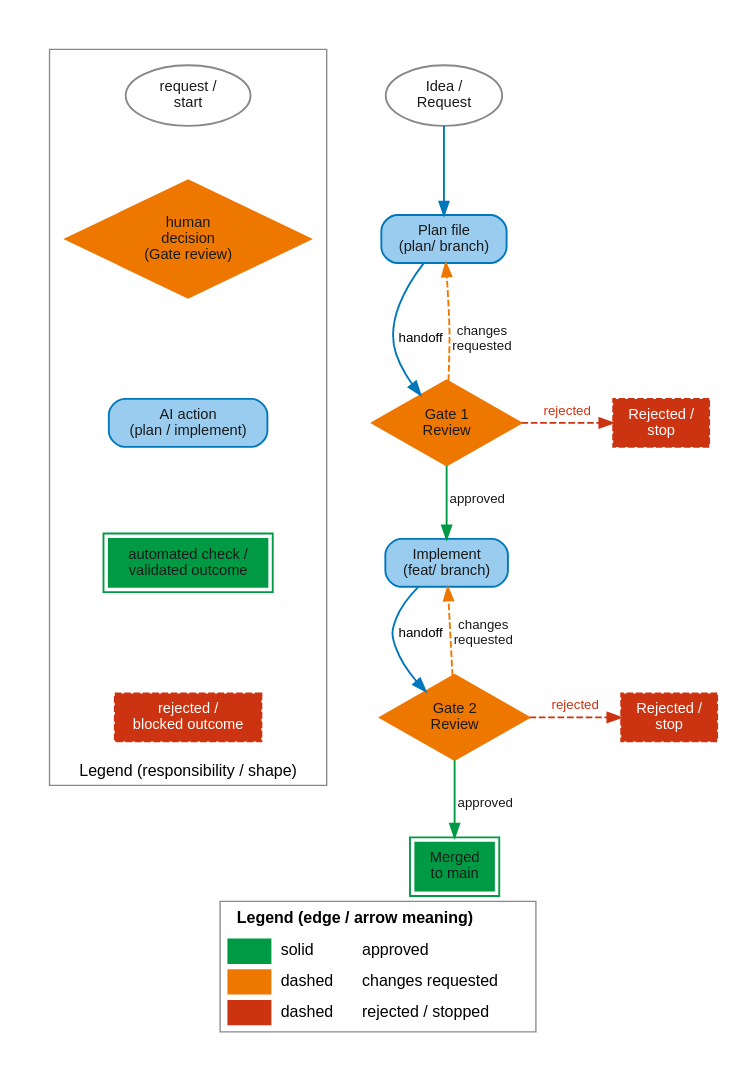
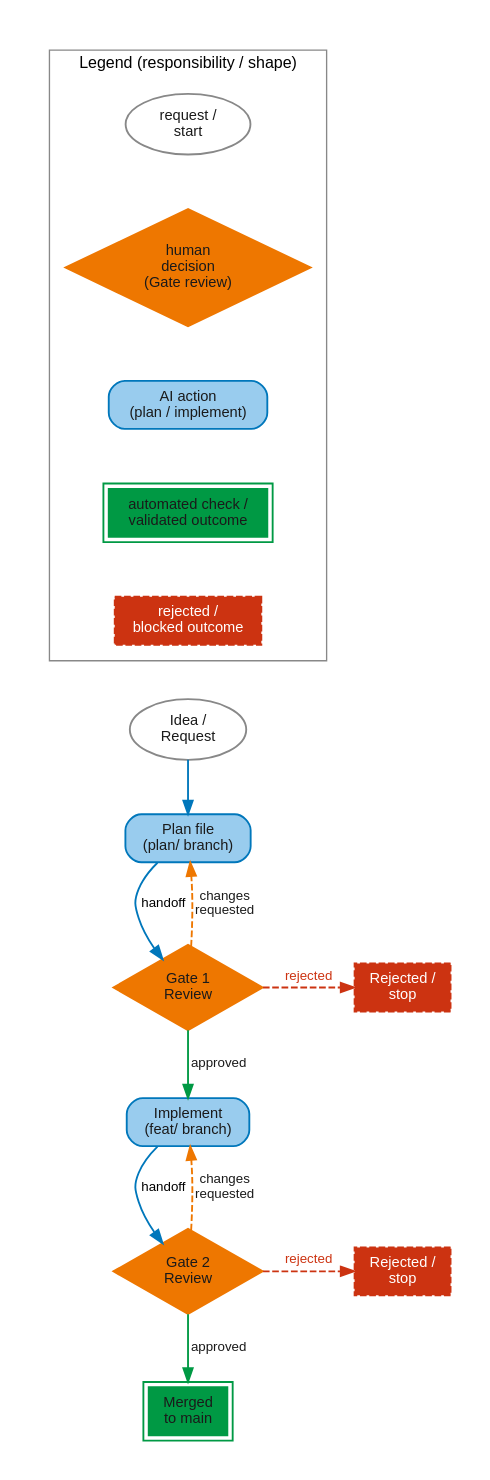
Before and after one commit to janipaijanen/agf-mirror: the diagram in agf/docs/figures/src/gate-pipeline.dot, drawn with Graphviz. The commit also changed 3 other files, not shown here.

```diff
--- a/agf/docs/figures/src/gate-pipeline.dot
+++ b/agf/docs/figures/src/gate-pipeline.dot
@@ -1,104 +1,108 @@
 // SPDX-License-Identifier: CC-BY-SA-4.0
 // agents-govern: Gate 1 / Gate 2 pipeline
 // Generate: dot -Tsvg gate-pipeline.dot -o ../gate-pipeline.svg
 //
 // Semantic responsibility palette: agf/docs/site/reference/palette.md
 // ("Semantic responsibility palette" section). Fill colour encodes who is
 // responsible for a node (Human decision / AI action / Automated
 // check-validated outcome); shape is a second, colour-independent signal
 // for the same category. `red-mid` is the separate rejected/blocked
 // outcome accent, not a sixth responsibility category. The shape key
 // below renders the actual node treatments used in this figure as
 // swatches -- never described in words, and never approximated with a
 // plain rectangle when the real node is rounded or double-bordered (the
 // prior "(oval shape)"/"(diamond shape)" legend text, and the later flat
 // colour-only legend rectangles, were both defects this revision fixes).
+//
+// No separate edge/arrow legend: every edge in the pipeline already
+// carries its own plain-text label ("approved", "changes requested",
+// "rejected") directly on the arrow -- the label is the primary,
+// colour-independent meaning-carrier, with colour and solid/dashed style
+// as reinforcing signals, not the sole signal (accessibility-rule). A
+// separate decoder table for arrow colour/style would itself need to
+// reproduce real solid/dashed line swatches to satisfy the plan's legend-
+// fidelity acceptance test, which Graphviz's HTML-like table labels
+// cannot render (no per-cell border-style control) -- the pipeline's own
+// labelled edges already satisfy that test by being the real thing, not
+// a proxy for it.
 digraph gate_pipeline {
     graph [rankdir=TB, splines=spline, pad=0.3, nodesep=0.4, ranksep=0.55,
-           bgcolor=white, fontname="Helvetica", fontsize=12, labelloc=b, label=<
-        <TABLE BORDER="1" CELLBORDER="0" CELLSPACING="4" CELLPADDING="3" COLOR="#888888" BGCOLOR="white">
-            <TR><TD COLSPAN="3"><B>Legend (edge / arrow meaning)</B></TD></TR>
-            <TR>
-                <TD BGCOLOR="#009944" WIDTH="18"></TD><TD ALIGN="LEFT">solid</TD><TD ALIGN="LEFT">approved</TD>
-            </TR>
-            <TR>
-                <TD BGCOLOR="#EE7700" WIDTH="18"></TD><TD ALIGN="LEFT">dashed</TD><TD ALIGN="LEFT">changes requested</TD>
-            </TR>
-            <TR>
-                <TD BGCOLOR="#CC3311" WIDTH="18"></TD><TD ALIGN="LEFT">dashed</TD><TD ALIGN="LEFT">rejected / stopped</TD>
-            </TR>
-        </TABLE>
-    >]
+           bgcolor=white, fontname="Helvetica", fontsize=12]
     node  [fontname="Helvetica", fontsize=11, style=filled, shape=box,
            fillcolor="#99CCEE", color="#0077BB", penwidth=1.4]
     edge  [fontname="Helvetica", fontsize=10, color="#0077BB", penwidth=1.4]
 
     // Shape key: real shapes, self-labeled (same convention as the
     // pipeline nodes below), matching every node treatment actually used
     // in the pipeline below -- not a separate flat-colour legend that
-    // could drift from the real shapes. Not part of the pipeline flow --
-    // no edges connect it to the pipeline nodes below.
+    // could drift from the real shapes.
     subgraph cluster_shapekey {
         label = "Legend (responsibility / shape)"
         fontname = "Helvetica"
         fontsize = 12
         color = "#888888"
         margin = 12
 
         sk_oval      [label="request /\nstart", shape=ellipse, fillcolor=white,
                       color="#888888", fontcolor="#1A1A1A"]
         sk_diamond   [label="human\ndecision\n(Gate review)", shape=diamond,
                       fillcolor="#EE7700", color="#EE7700", fontcolor="#1A1A1A"]
         sk_ai        [label="AI action\n(plan / implement)",
                       style="filled,rounded", fillcolor="#99CCEE",
                       color="#0077BB", fontcolor="#1A1A1A"]
         sk_automated [label="automated check /\nvalidated outcome",
                       style="filled,bold", peripheries=2, fillcolor="#009944",
                       color="#009944", fontcolor="#1A1A1A"]
         sk_rejected  [label="rejected /\nblocked outcome",
                       style="filled,dashed", fillcolor="#CC3311",
                       color="#CC3311", fontcolor=white]
 
-        // Vertical stack, not a single wide row: keeps the figure's aspect
-        // ratio close to the pre-fidelity-fix original so it stays legible
-        // when scaled down under the site's responsive max-width:100% image
-        // treatment (mobile viewport). Invisible edges, not rank=same.
+        // Vertical stack, not a single wide row: keeps the cluster's own
+        // aspect ratio narrow. Invisible edges, not rank=same.
         sk_oval -> sk_diamond -> sk_ai -> sk_automated -> sk_rejected
             [style=invis]
     }
 
     // ── Pipeline ────────────────────────────────────────────────────────
     idea     [label="Idea /\nRequest", shape=ellipse, fillcolor=white,
               color="#888888", fontcolor="#1A1A1A"]
     plan     [label="Plan file\n(plan/ branch)", style="filled,rounded",
               fillcolor="#99CCEE", color="#0077BB", fontcolor="#1A1A1A"]
     gate1    [label="Gate 1\nReview", shape=diamond, fillcolor="#EE7700",
               color="#EE7700", fontcolor="#1A1A1A"]
     impl     [label="Implement\n(feat/ branch)", style="filled,rounded",
               fillcolor="#99CCEE", color="#0077BB", fontcolor="#1A1A1A"]
     gate2    [label="Gate 2\nReview", shape=diamond, fillcolor="#EE7700",
               color="#EE7700", fontcolor="#1A1A1A"]
     merged   [label="Merged\nto main", style="filled,bold", peripheries=2,
               fillcolor="#009944", fontcolor="#1A1A1A", color="#009944"]
     rejected1 [label="Rejected /\nstop", fillcolor="#CC3311", fontcolor=white,
                color="#CC3311", style="filled,dashed"]
     rejected2 [label="Rejected /\nstop", fillcolor="#CC3311", fontcolor=white,
                color="#CC3311", style="filled,dashed"]
 
+    // Stack the shape key above the pipeline (single narrow column) rather
+    // than beside it: a side-by-side layout roughly doubles the figure's
+    // width, which is exactly what makes text unreadable once the site's
+    // responsive max-width:100% image treatment scales the whole SVG down
+    // to a mobile viewport. Invisible edge, not rank=same -- same working
+    // technique as the shape-key's own internal stack above.
+    sk_rejected -> idea [style=invis]
+
     idea  -> plan
     plan  -> gate1  [label="handoff"]
     gate1 -> impl   [label="approved", color="#009944", fontcolor="#1A1A1A"]
     gate1 -> plan   [label="changes\nrequested", style=dashed, color="#EE7700",
                      fontcolor="#1A1A1A"]
     gate1 -> rejected1 [label="rejected", style=dashed, color="#CC3311",
                         fontcolor="#CC3311", constraint=false]
     impl  -> gate2  [label="handoff"]
     gate2 -> merged [label="approved", color="#009944", fontcolor="#1A1A1A"]
     gate2 -> impl   [label="changes\nrequested", style=dashed, color="#EE7700",
                      fontcolor="#1A1A1A"]
     gate2 -> rejected2 [label="rejected", style=dashed, color="#CC3311",
                         fontcolor="#CC3311", constraint=false]
 
     { rank=same; gate1; rejected1 }
     { rank=same; gate2; rejected2 }
 }
```
